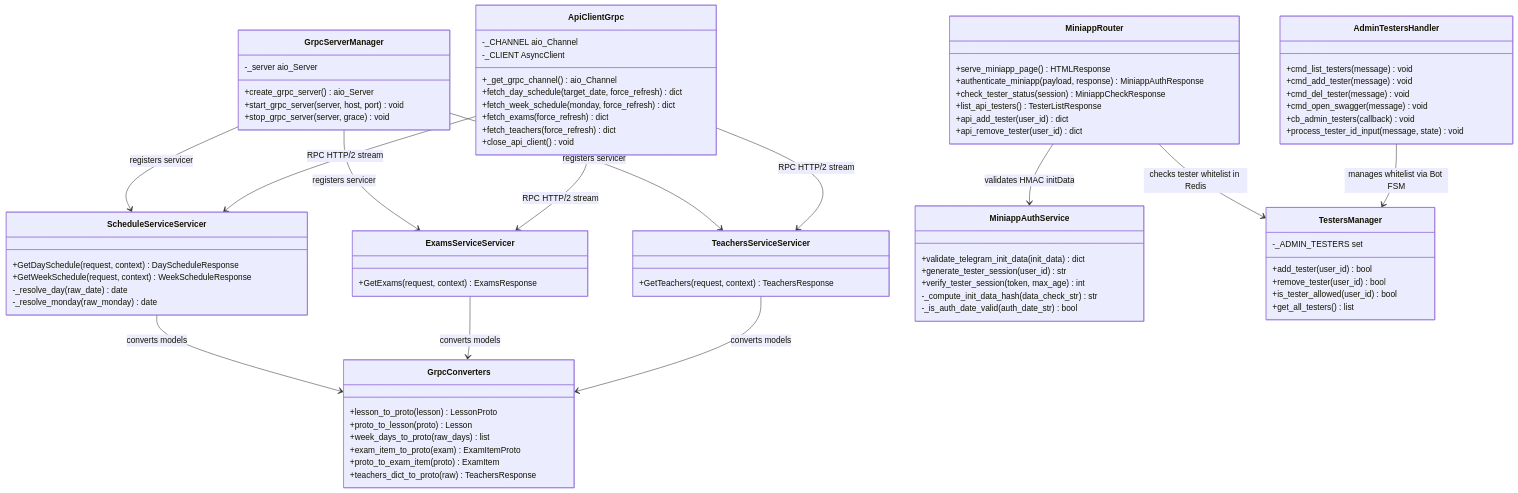
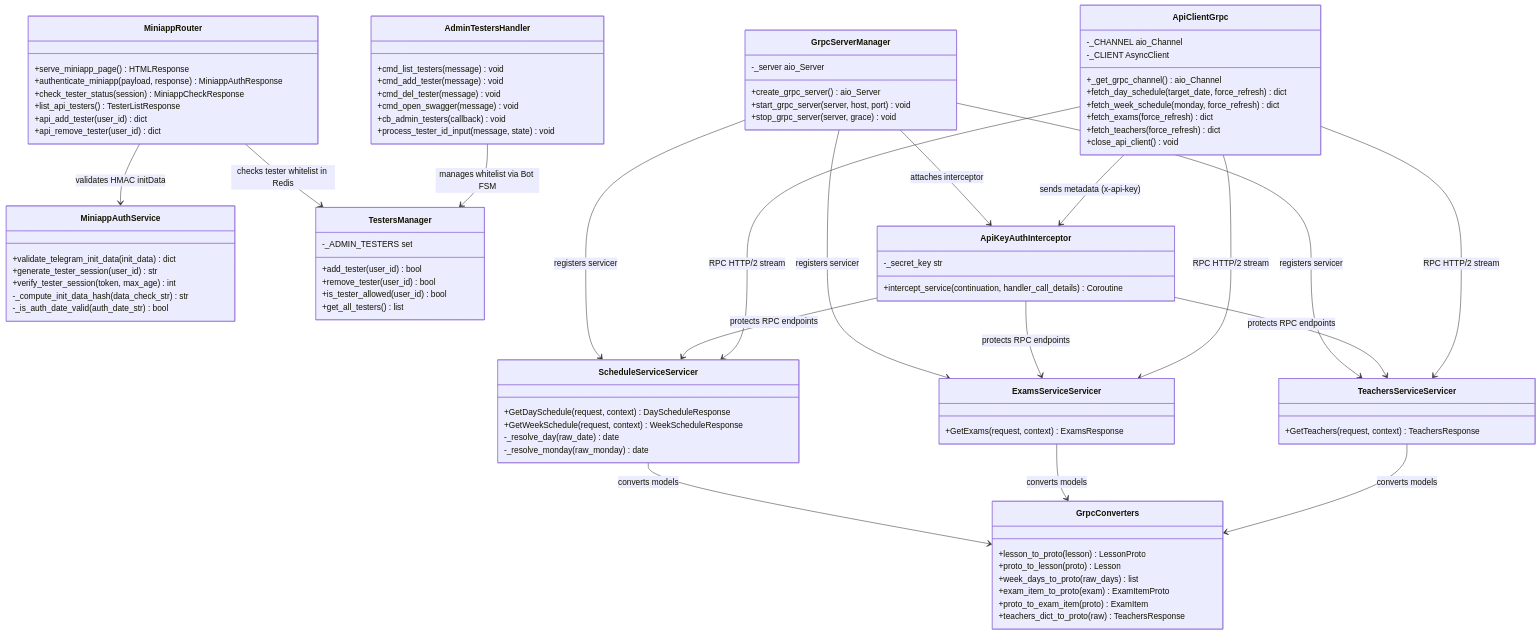
One commit to Utkautka1/para changed diagram 24 of 34 in docs/UML.md. Above: the diagram before and after it, drawn with Mermaid. The commit also changed other lines of this file and 27 other files, not shown here.

First line of the commit message:
feat(security, config): security audit fixes, env centralisation, code refactoring and UML update

```diff
--- a/docs/UML.md
+++ b/docs/UML.md
@@ -1772,12 +1772,22 @@
         +process_tester_id_input(message, state) void
     }
 
+    class ApiKeyAuthInterceptor {
+        -_secret_key str
+        +intercept_service(continuation, handler_call_details) Coroutine
+    }
+
+    GrpcServerManager --> ApiKeyAuthInterceptor : attaches interceptor
     GrpcServerManager --> ScheduleServiceServicer : registers servicer
     GrpcServerManager --> ExamsServiceServicer : registers servicer
     GrpcServerManager --> TeachersServiceServicer : registers servicer
+    ApiKeyAuthInterceptor --> ScheduleServiceServicer : protects RPC endpoints
+    ApiKeyAuthInterceptor --> ExamsServiceServicer : protects RPC endpoints
+    ApiKeyAuthInterceptor --> TeachersServiceServicer : protects RPC endpoints
     ScheduleServiceServicer --> GrpcConverters : converts models
     ExamsServiceServicer --> GrpcConverters : converts models
     TeachersServiceServicer --> GrpcConverters : converts models
+    ApiClientGrpc --> ApiKeyAuthInterceptor : sends metadata (x-api-key)
     ApiClientGrpc --> ScheduleServiceServicer : RPC HTTP/2 stream
     ApiClientGrpc --> ExamsServiceServicer : RPC HTTP/2 stream
     ApiClientGrpc --> TeachersServiceServicer : RPC HTTP/2 stream
```
